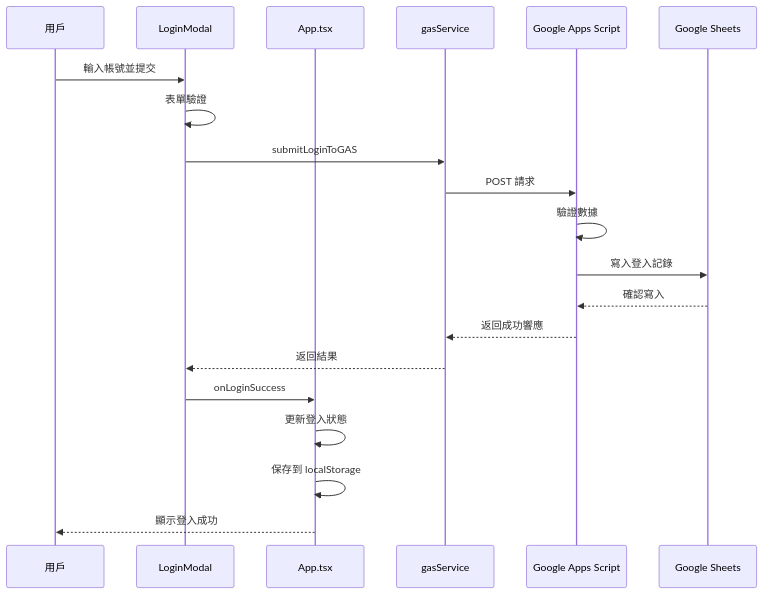
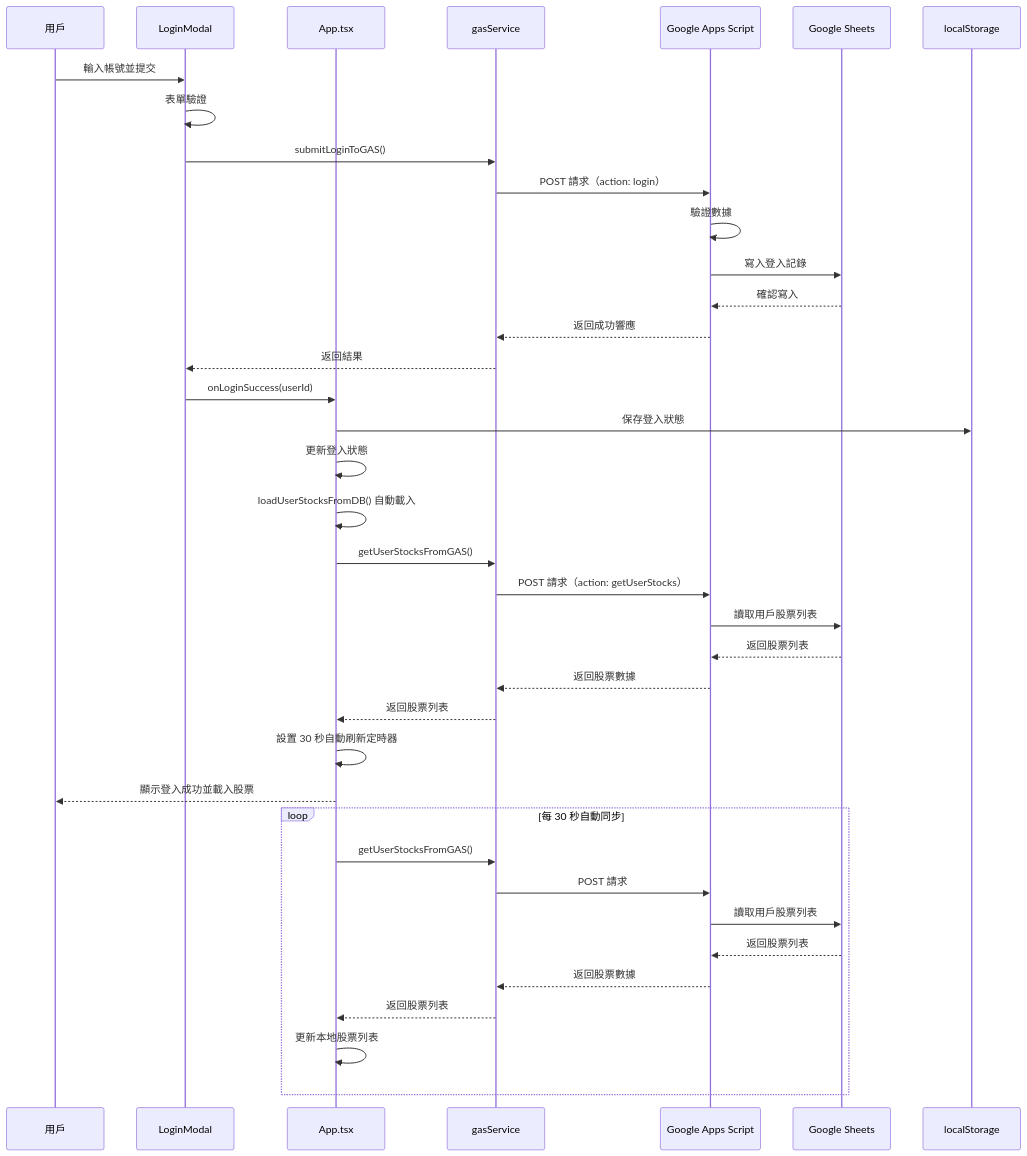
One commit to qwerboy-design/gemini-fintech-pro changed the fourth of 6 diagrams in README.md. Above: the diagram before and after it, drawn with Mermaid. The commit also changed other lines of this file and 87 other files, not shown here.

````diff
--- a/README.md
+++ b/README.md
@@ -219,23 +323,42 @@
 ```mermaid
 sequenceDiagram
     participant U as 用戶
     participant LM as LoginModal
     participant A as App.tsx
     participant GS as gasService
     participant GAS as Google Apps Script
-    participant GS2 as Google Sheets
+    participant SH as Google Sheets
+    participant LS as localStorage
     
     U->>LM: 輸入帳號並提交
     LM->>LM: 表單驗證
-    LM->>GS: submitLoginToGAS
-    GS->>GAS: POST 請求
+    LM->>GS: submitLoginToGAS()
+    GS->>GAS: POST 請求（action: login）
     GAS->>GAS: 驗證數據
-    GAS->>GS2: 寫入登入記錄
-    GS2-->>GAS: 確認寫入
+    GAS->>SH: 寫入登入記錄
+    SH-->>GAS: 確認寫入
     GAS-->>GS: 返回成功響應
     GS-->>LM: 返回結果
-    LM->>A: onLoginSuccess
+    LM->>A: onLoginSuccess(userId)
+    A->>LS: 保存登入狀態
     A->>A: 更新登入狀態
-    A->>A: 保存到 localStorage
-    A-->>U: 顯示登入成功
+    A->>A: loadUserStocksFromDB() 自動載入
+    A->>GS: getUserStocksFromGAS()
+    GS->>GAS: POST 請求（action: getUserStocks）
+    GAS->>SH: 讀取用戶股票列表
+    SH-->>GAS: 返回股票列表
+    GAS-->>GS: 返回股票數據
+    GS-->>A: 返回股票列表
+    A->>A: 設置 30 秒自動刷新定時器
+    A-->>U: 顯示登入成功並載入股票
+    
+    loop 每 30 秒自動同步
+        A->>GS: getUserStocksFromGAS()
+        GS->>GAS: POST 請求
+        GAS->>SH: 讀取用戶股票列表
+        SH-->>GAS: 返回股票列表
+        GAS-->>GS: 返回股票數據
+        GS-->>A: 返回股票列表
+        A->>A: 更新本地股票列表
+    end
 ```
````
